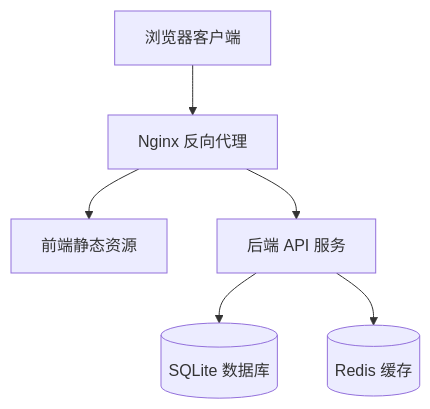
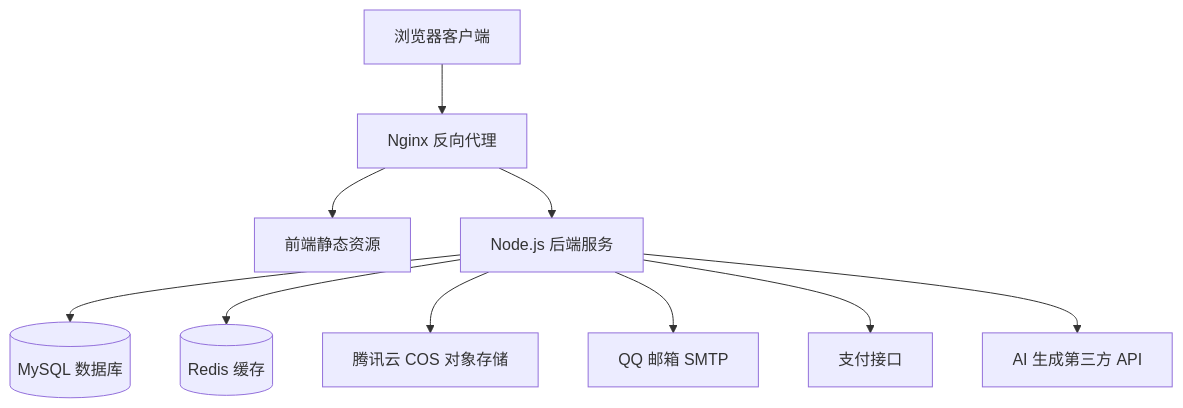
One commit to a634802209/xinmeng changed the first of 2 diagrams in .trae/documents/Technical-Architecture.md. Above: the diagram before and after it, drawn with Mermaid. The commit also changed other lines of this file and 6 other files, not shown here.

````diff
--- a/.trae/documents/Technical-Architecture.md
+++ b/.trae/documents/Technical-Architecture.md
@@ -5,8 +5,12 @@
 ```mermaid
 graph TB
     Client[浏览器客户端] --> Nginx[Nginx 反向代理]
     Nginx --> Frontend[前端静态资源]
-    Nginx --> Backend[后端 API 服务]
-    Backend --> SQLite[(SQLite 数据库)]
+    Nginx --> Backend[Node.js 后端服务]
+    Backend --> MySQL[(MySQL 数据库)]
     Backend --> Redis[(Redis 缓存)]
+    Backend --> COS[腾讯云 COS 对象存储]
+    Backend --> SMTP[QQ 邮箱 SMTP]
+    Backend --> Payment[支付接口]
+    Backend --> AI[AI 生成第三方 API]
 ```
````
